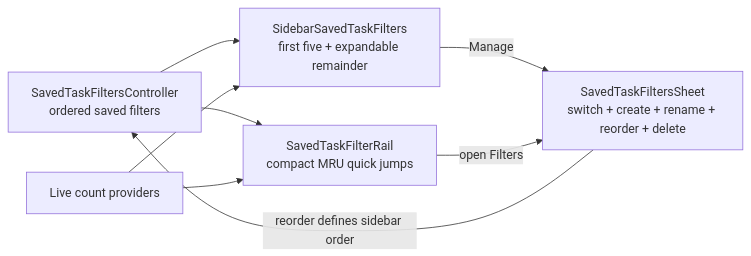
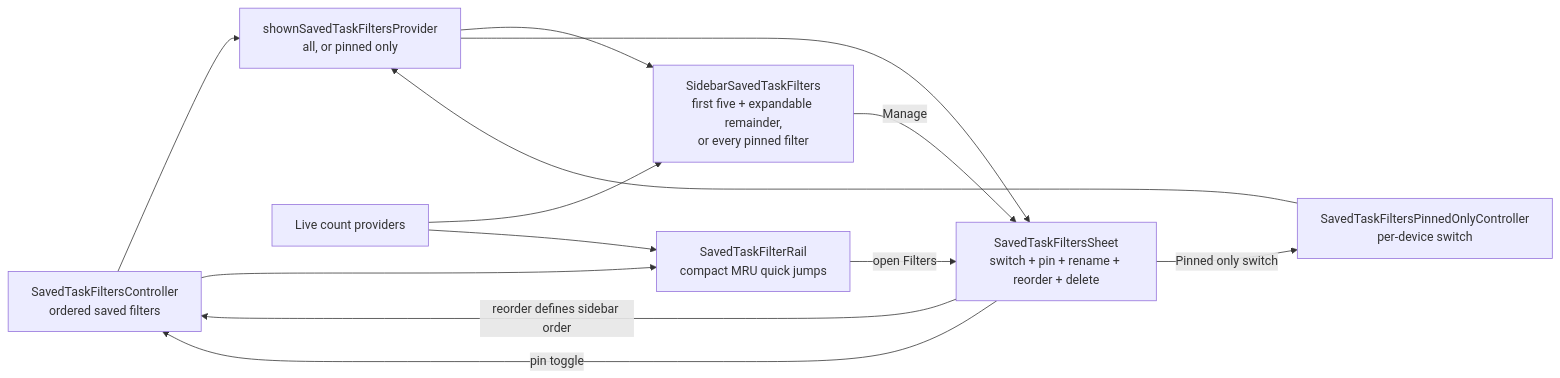
The fifth of 7 diagrams in knowledge/features/tasks/filtering.md (matthiasn/lotti), drawn with Mermaid before and after one commit. The commit also changed other lines of this file and 53 other files, not shown here.

Commit message:
feat(tasks): pin saved filters, pinned-only sidebar, one-scroll glass filter sheet (#4866)

````diff
--- a/knowledge/features/tasks/filtering.md
+++ b/knowledge/features/tasks/filtering.md
@@ -293,16 +306,23 @@
 ```mermaid
 flowchart LR
   State[SavedTaskFiltersController<br/>ordered saved filters]
+  PinnedOnly[SavedTaskFiltersPinnedOnlyController<br/>per-device switch]
+  Shown[shownSavedTaskFiltersProvider<br/>all, or pinned only]
   Counts[Live count providers]
-  Desktop[SidebarSavedTaskFilters<br/>first five + expandable remainder]
+  Desktop[SidebarSavedTaskFilters<br/>first five + expandable remainder,<br/>or every pinned filter]
   Mobile[SavedTaskFilterRail<br/>compact MRU quick jumps]
-  Sheet[SavedTaskFiltersSheet<br/>switch + create + rename + reorder + delete]
+  Sheet[SavedTaskFiltersSheet<br/>switch + pin + rename + reorder + delete]
 
-  State --> Desktop
+  State --> Shown
+  PinnedOnly --> Shown
+  Shown --> Desktop
+  Shown --> Sheet
   Counts --> Desktop
   State --> Mobile
   Counts --> Mobile
   Desktop -->|Manage| Sheet
   Mobile -->|open Filters| Sheet
   Sheet -->|reorder defines sidebar order| State
+  Sheet -->|pin toggle| State
+  Sheet -->|Pinned only switch| PinnedOnly
 ```
````
